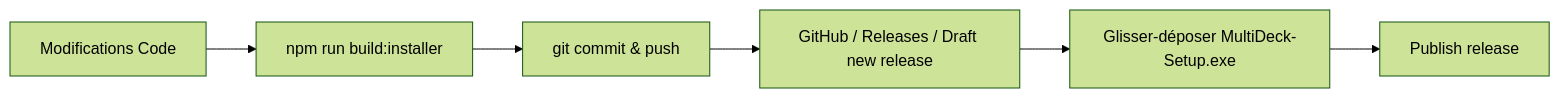
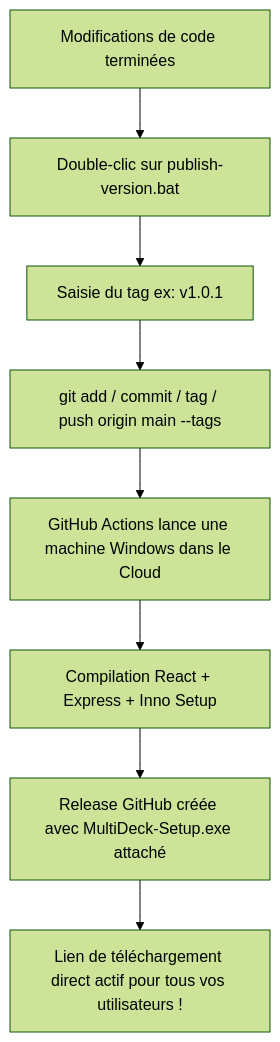
Before and after one commit to Holig/MultiDeck: the diagram in GITHUB_RELEASE_GUIDE.md, drawn with Mermaid (forest theme). The commit also changed other lines of this file and 3 other files, not shown here.

Commit message:
ci: add GitHub Actions workflow and publish-version.bat script for automated releases

````diff
--- a/GITHUB_RELEASE_GUIDE.md
+++ b/GITHUB_RELEASE_GUIDE.md
@@ -101,8 +88,10 @@
 ```mermaid
-graph LR
-    A[Modifications Code] --> B[npm run build:installer]
-    B --> C[git commit & push]
-    C --> D[GitHub / Releases / Draft new release]
-    D --> E[Glisser-déposer MultiDeck-Setup.exe]
-    E --> F[Publish release]
+graph TD
+    A[Modifications de code terminées] --> B[Double-clic sur publish-version.bat]
+    B --> C[Saisie du tag ex: v1.0.1]
+    C --> D[git add / commit / tag / push origin main --tags]
+    D --> E[GitHub Actions lance une machine Windows dans le Cloud]
+    E --> F[Compilation React + Express + Inno Setup]
+    F --> G[Release GitHub créée avec MultiDeck-Setup.exe attaché]
+    G --> H[Lien de téléchargement direct actif pour tous vos utilisateurs !]
 ```
````
